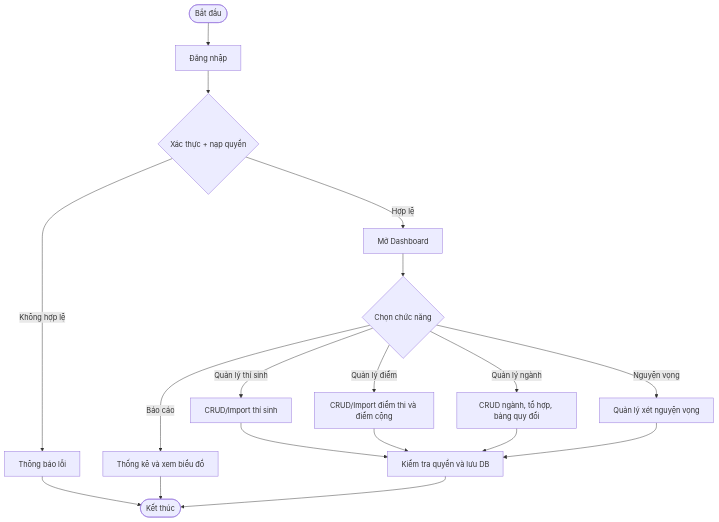
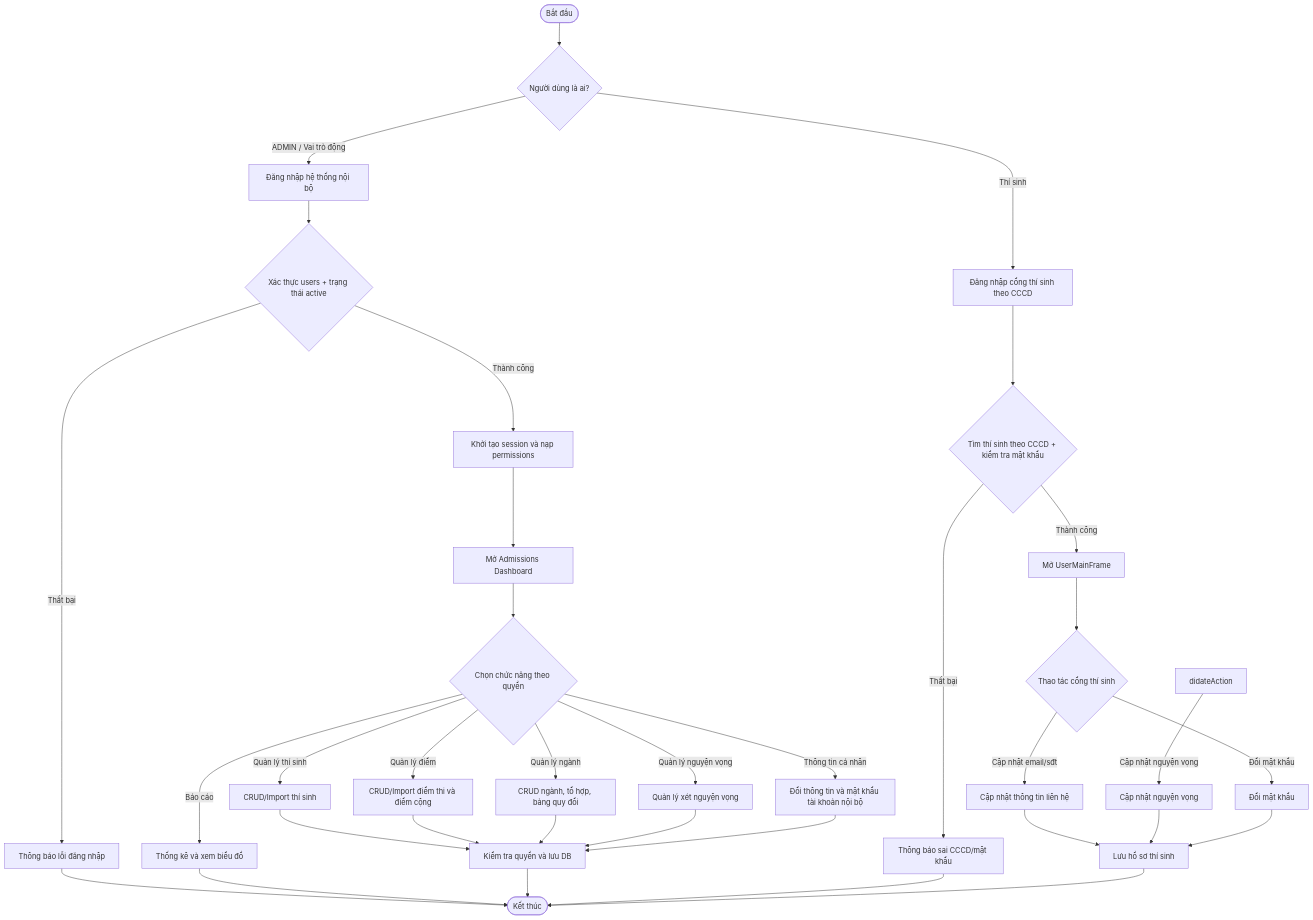
Before and after one commit to HaoWasabi/TuVanTuyenSinh: the second of 4 diagrams in docs/prd.md, drawn with Mermaid. The commit also changed other lines of this file and 7 other files, not shown here.

Commit message:
docs: add new images and update prd with use case and activity diagrams

````diff
--- a/docs/prd.md
+++ b/docs/prd.md
@@ -133,24 +147,40 @@
 ```mermaid
 flowchart TD
-    Start([Bắt đầu]) --> Login[Đăng nhập]
-    Login --> CheckRole{Xác thực + nạp quyền}
+  Start([Bắt đầu]) --> SelectActor{Người dùng là ai?}
 
-    CheckRole -->|Hợp lệ| Dashboard[Mở Dashboard]
-    CheckRole -->|Không hợp lệ| Fail[Thông báo lỗi] --> End([Kết thúc])
+  SelectActor -->|ADMIN / Vai trò động| InternalLogin[Đăng nhập hệ thống nội bộ]
+  SelectActor -->|Thí sinh| CandidateLogin[Đăng nhập cổng thí sinh theo CCCD]
 
-    Dashboard --> Action{Chọn chức năng}
+  InternalLogin --> AuthInternal{Xác thực users + trạng thái active}
+  AuthInternal -->|Thất bại| FailInternal[Thông báo lỗi đăng nhập] --> End([Kết thúc])
+  AuthInternal -->|Thành công| InitSession[Khởi tạo session và nạp permissions]
+  InitSession --> OpenDashboard[Mở Admissions Dashboard]
 
-    Action -->|Quản lý thí sinh| CandidateFlow[CRUD/Import thí sinh]
-    Action -->|Quản lý điểm| ScoreFlow[CRUD/Import điểm thi và điểm cộng]
-    Action -->|Quản lý ngành| MajorFlow[CRUD ngành, tổ hợp, bảng quy đổi]
-    Action -->|Nguyện vọng| WishFlow[Quản lý xét nguyện vọng]
-    Action -->|Báo cáo| ReportFlow[Thống kê và xem biểu đồ]
+  OpenDashboard --> InternalAction{Chọn chức năng theo quyền}
+  InternalAction -->|Quản lý thí sinh| CandidateFlow[CRUD/Import thí sinh]
+  InternalAction -->|Quản lý điểm| ScoreFlow[CRUD/Import điểm thi và điểm cộng]
+  InternalAction -->|Quản lý ngành| MajorFlow[CRUD ngành, tổ hợp, bảng quy đổi]
+  InternalAction -->|Quản lý nguyện vọng| WishFlow[Quản lý xét nguyện vọng]
+  InternalAction -->|Báo cáo| ReportFlow[Thống kê và xem biểu đồ]
+  InternalAction -->|Thông tin cá nhân| InternalProfile[Đổi thông tin và mật khẩu tài khoản nội bộ]
 
-    CandidateFlow --> Save[Kiểm tra quyền và lưu DB]
-    ScoreFlow --> Save
-    MajorFlow --> Save
-    WishFlow --> Save
-    ReportFlow --> End
+  CandidateFlow --> SaveInternal[Kiểm tra quyền và lưu DB]
+  ScoreFlow --> SaveInternal
+  MajorFlow --> SaveInternal
+  WishFlow --> SaveInternal
+  InternalProfile --> SaveInternal
+  ReportFlow --> End
+  SaveInternal --> End
 
-    Save --> End
+  CandidateLogin --> AuthCandidate{Tìm thí sinh theo CCCD + kiểm tra mật khẩu}
+  AuthCandidate -->|Thất bại| FailCandidate[Thông báo sai CCCD/mật khẩu] --> End
+  AuthCandidate -->|Thành công| OpenCandidatePortal[Mở UserMainFrame]
+  OpenCandidatePortal --> CandidateAction{Thao tác cổng thí sinh}
+  CandidateAction -->|Cập nhật email/sđt| UpdateContact[Cập nhật thông tin liên hệ]
+  didateAction -->|Cập nhật nguyện vọng| UpdateNguyenVong[Cập nhật nguyện vọng]
+  CandidateAction -->|Đổi mật khẩu| ChangePassword[Đổi mật khẩu]
+  UpdateContact --> SaveCandidate[Lưu hồ sơ thí sinh]
+  UpdateNguyenVong--> SaveCandidate
+  ChangePassword --> SaveCandidate
+  SaveCandidate --> End
 ```
````
